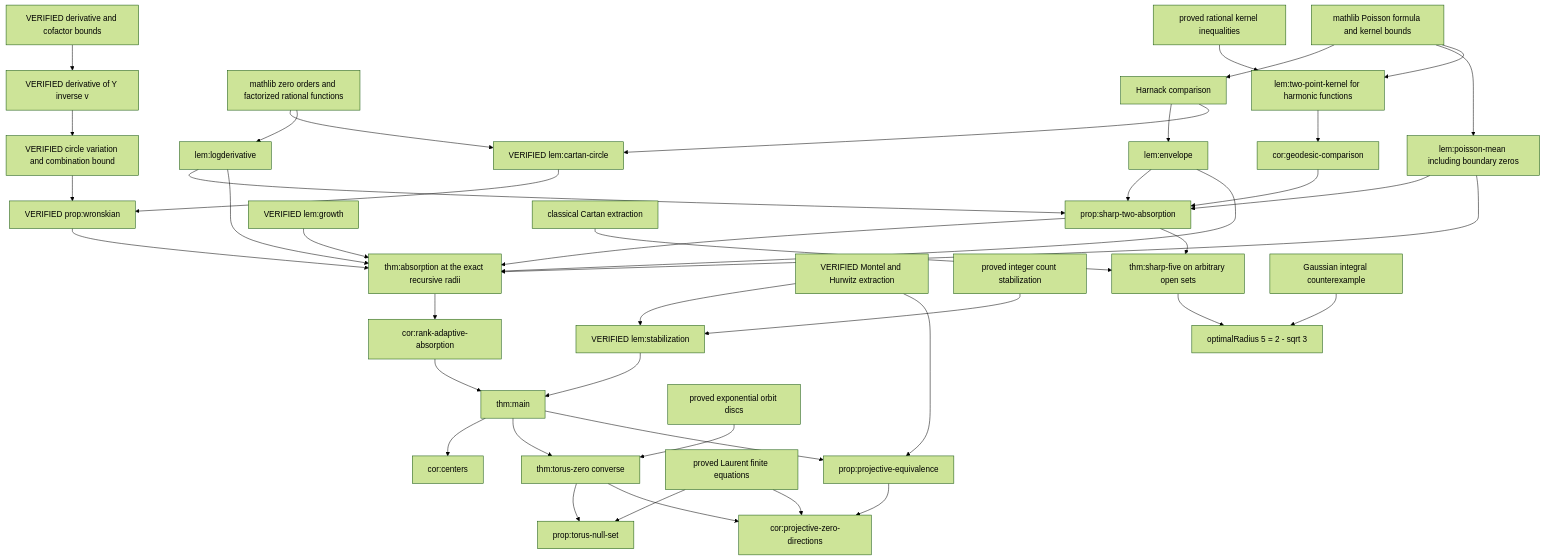
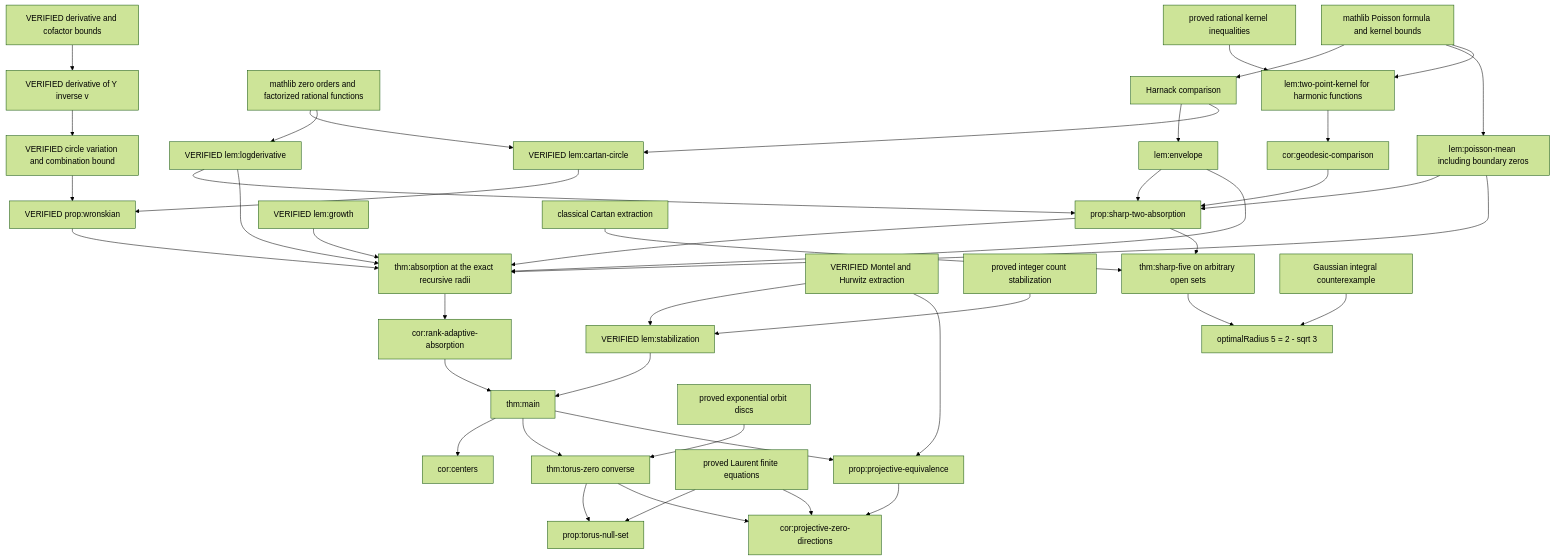
One commit to zhangteng2000/modified-cartan-lean changed the diagram in docs/DEPENDENCIES.md. Above: the diagram before and after it, drawn with Mermaid (forest theme). The commit also changed other lines of this file and 24 other files, not shown here.

````diff
--- a/docs/DEPENDENCIES.md
+++ b/docs/DEPENDENCIES.md
@@ -5,45 +5,45 @@
 ```mermaid
 flowchart TD
   Poisson[mathlib Poisson formula and kernel bounds] --> Harnack[Harnack comparison]
   Harnack --> Envelope[lem:envelope]
   Factor[mathlib zero orders and factorized rational functions] --> Circle[VERIFIED lem:cartan-circle]
   Harnack --> Circle
   Circle --> Wronskian[VERIFIED prop:wronskian]
   Cauchy[VERIFIED derivative and cofactor bounds] --> Coeff[VERIFIED derivative of Y inverse v]
   Coeff --> Variation[VERIFIED circle variation and combination bound]
   Variation --> Wronskian
-  Factor --> LogDeriv[lem:logderivative]
+  Factor --> LogDeriv[VERIFIED lem:logderivative]
   Poisson --> Mean[lem:poisson-mean including boundary zeros]
   Kernel[proved rational kernel inequalities] --> TwoPoint[lem:two-point-kernel for harmonic functions]
   Poisson --> TwoPoint
   TwoPoint --> Geodesic[cor:geodesic-comparison]
   Geodesic --> TwoAbs[prop:sharp-two-absorption]
   Envelope --> TwoAbs
   Mean --> TwoAbs
   LogDeriv --> TwoAbs
   Wronskian --> Abs[thm:absorption at the exact recursive radii]
   LogDeriv --> Abs
   Growth[VERIFIED lem:growth] --> Abs
   Envelope --> Abs
   Mean --> Abs
   TwoAbs --> Abs
   Abs --> Rank[cor:rank-adaptive-absorption]
   Normal[VERIFIED Montel and Hurwitz extraction] --> Stabilize[VERIFIED lem:stabilization]
   Counts[proved integer count stabilization] --> Stabilize
   Rank --> Main[thm:main]
   Stabilize --> Main
   Main --> Centers[cor:centers]
   Classical[classical Cartan extraction] --> Five[thm:sharp-five on arbitrary open sets]
   TwoAbs --> Five
   Five --> Optimal[optimalRadius 5 = 2 - sqrt 3]
   Gaussian[Gaussian integral counterexample] --> Optimal
   Main --> Torus[thm:torus-zero converse]
   Orbit[proved exponential orbit discs] --> Torus
   Torus --> Null[prop:torus-null-set]
   Finite[proved Laurent finite equations] --> Null
   Main --> Projective[prop:projective-equivalence]
   Normal --> Projective
   Projective --> Directions[cor:projective-zero-directions]
   Torus --> Directions
   Finite --> Directions
 ```
````
